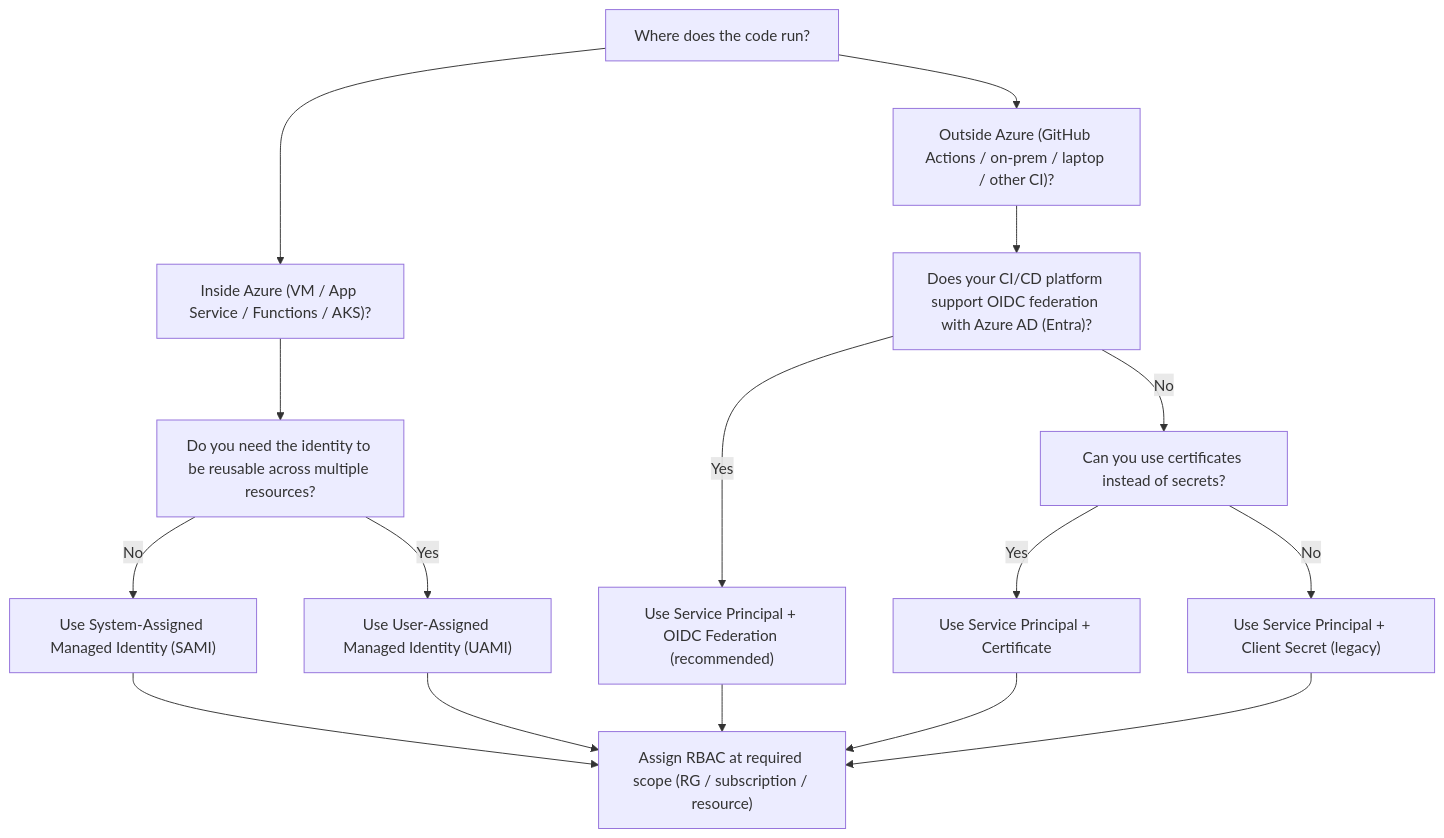
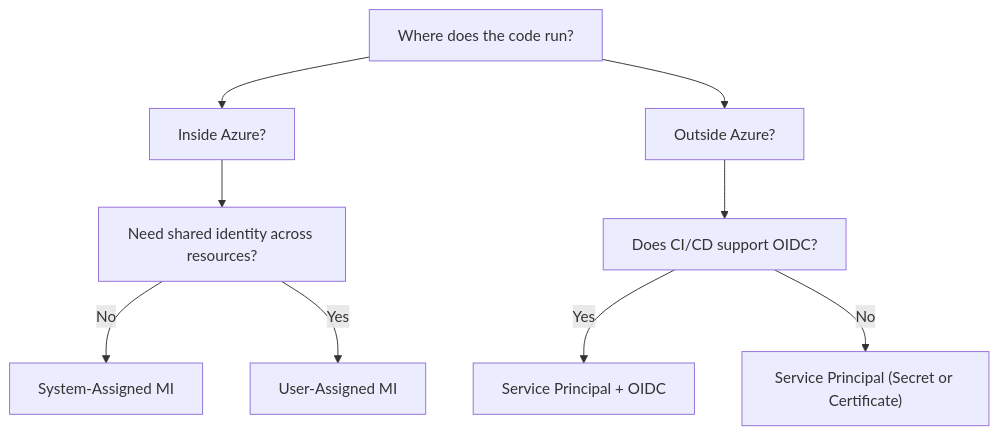
One commit to donaldcarol/azure-authentication-patterns changed the fourth of 4 diagrams in README.md. Above: the diagram before and after it, drawn with Mermaid. The commit also changed other lines of this file, not shown here.

````diff
--- a/README.md
+++ b/README.md
@@ -223,22 +230,13 @@
 ```mermaid
 flowchart TD
-    A["Where does the code run?"] --> B["Inside Azure (VM / App Service / Functions / AKS)?"]
-    A --> C["Outside Azure (GitHub Actions / on-prem / laptop / other CI)?"]
+    A["Where does the code run?"] --> B["Inside Azure?"]
+    A --> C["Outside Azure?"]
 
-    B --> D["Do you need the identity to be reusable across multiple resources?"]
-    D -->|No| E["Use System-Assigned Managed Identity (SAMI)"]
-    D -->|Yes| F["Use User-Assigned Managed Identity (UAMI)"]
+    B --> D["Need shared identity across resources?"]
+    D -->|No| E["System-Assigned MI"]
+    D -->|Yes| F["User-Assigned MI"]
 
-    C --> G["Does your CI/CD platform support OIDC federation with Azure AD (Entra)?"]
-    G -->|Yes| H["Use Service Principal + OIDC Federation (recommended)"]
-    G -->|No| I["Can you use certificates instead of secrets?"]
-    I -->|Yes| J["Use Service Principal + Certificate"]
-    I -->|No| K["Use Service Principal + Client Secret (legacy)"]
-
-    E --> L["Assign RBAC at required scope (RG / subscription / resource)"]
-    F --> L
-    H --> L
-    J --> L
-    K --> L
-
+    C --> G["Does CI/CD support OIDC?"]
+    G -->|Yes| H["Service Principal + OIDC"]
+    G -->|No| I["Service Principal (Secret or Certificate)"]
 ```
````
